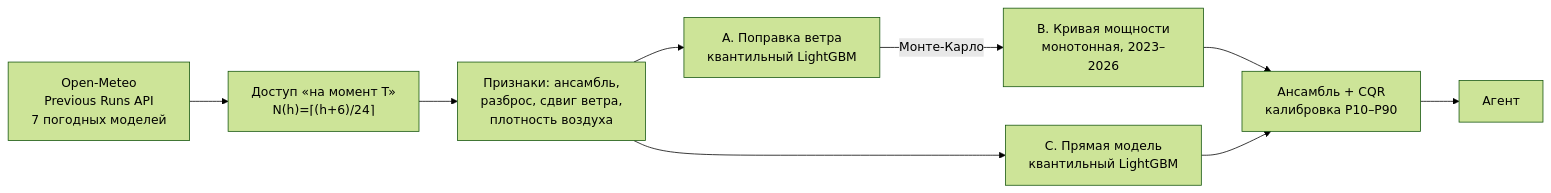
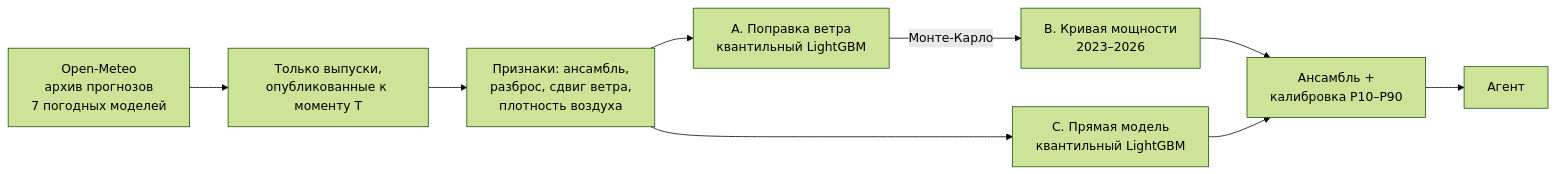
Before and after one commit to BAITC-Hacks/hack-9013145c-opentowork: the first of 2 diagrams in README.md, drawn with Mermaid (forest theme). The commit also changed other lines of this file and 7 other files, not shown here.

````diff
--- a/README.md
+++ b/README.md
@@ -193,11 +277,11 @@
 ```mermaid
 graph LR
-    OM["Open-Meteo<br/>Previous Runs API<br/>7 погодных моделей"] --> PIT["Доступ «на момент T»<br/>N(h)=⌈(h+6)/24⌉"]
-    PIT --> F[Признаки: ансамбль,<br/>разброс, сдвиг ветра,<br/>плотность воздуха]
+    OM["Open-Meteo<br/>архив прогнозов<br/>7 погодных моделей"] --> PIT["Только выпуски,<br/>опубликованные к моменту T"]
+    PIT --> F["Признаки: ансамбль,<br/>разброс, сдвиг ветра,<br/>плотность воздуха"]
     F --> A["A. Поправка ветра<br/>квантильный LightGBM"]
-    A -->|Монте-Карло| B["B. Кривая мощности<br/>монотонная, 2023–2026"]
+    A -->|Монте-Карло| B["B. Кривая мощности<br/>2023–2026"]
     F --> C["C. Прямая модель<br/>квантильный LightGBM"]
-    B --> E["Ансамбль + CQR<br/>калибровка P10–P90"]
+    B --> E["Ансамбль +<br/>калибровка P10–P90"]
     C --> E
     E --> AG[Агент]
 ```
````
